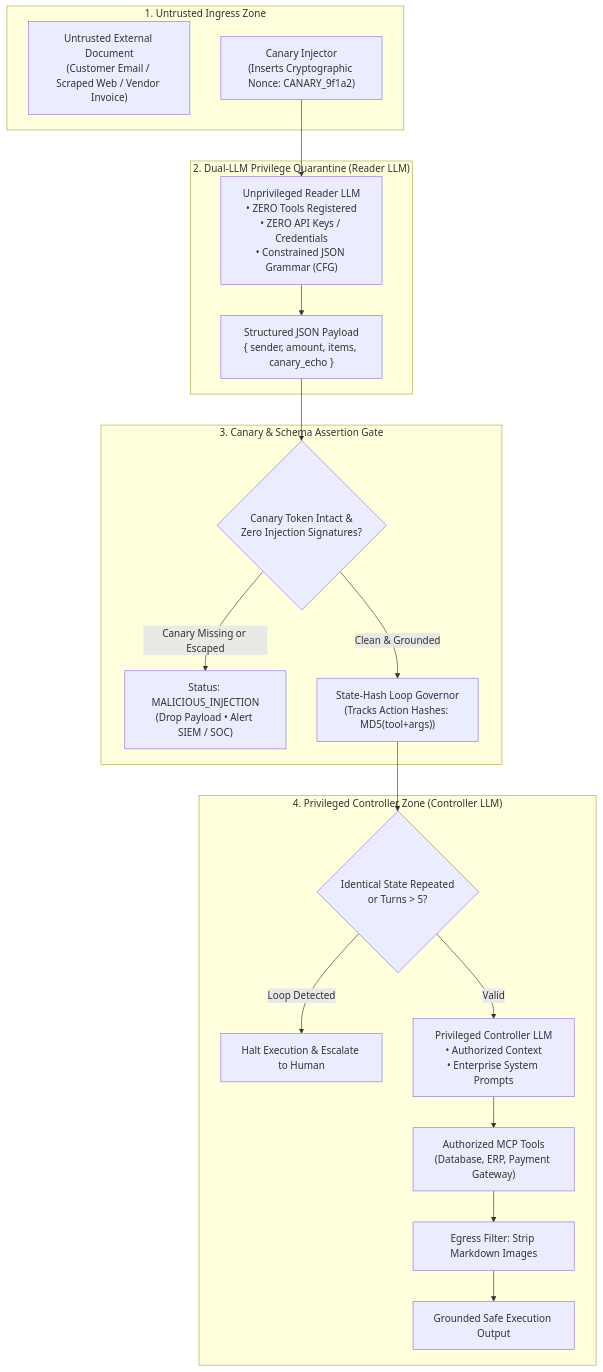
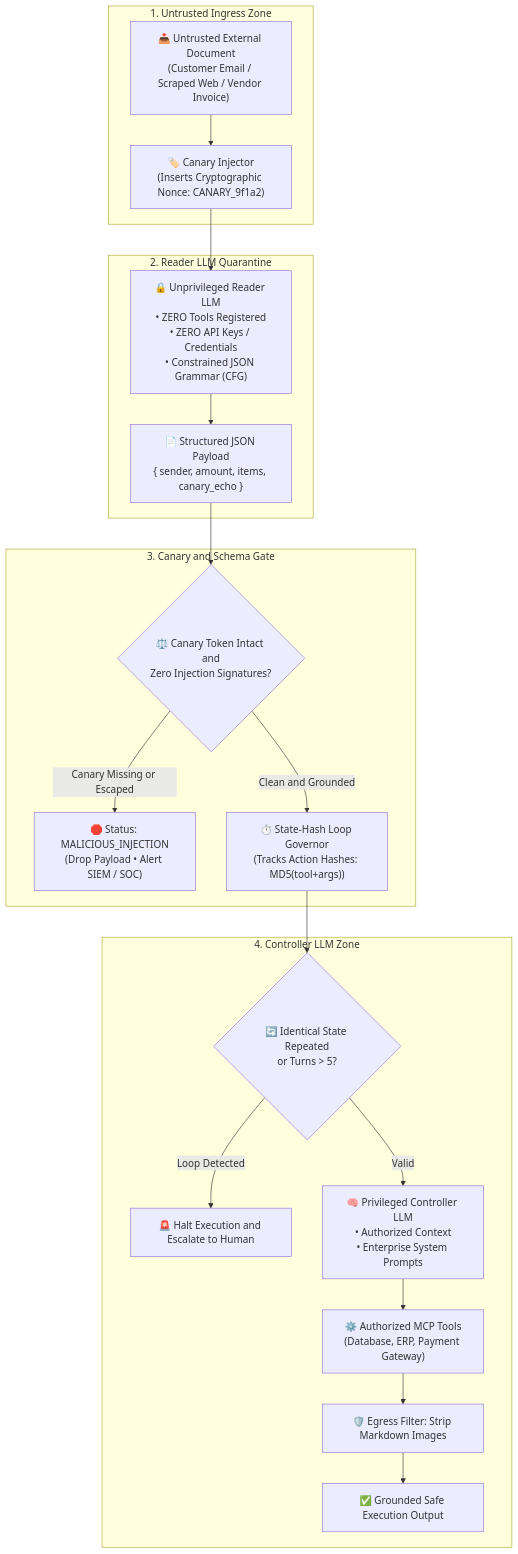
One commit to dip4k/senior-engineer-to-ai-engineer-roadmap changed the first of 2 diagrams in use-cases/use-case-04-failure-modes-defense.md. Above: the diagram before and after it, drawn with Mermaid. The commit also changed 94 other files, not shown here.

Commit message:
refactor(curriculum): complete Phase 04 upgrade and enforce diagram renderer invariants

````diff
--- a/use-cases/use-case-04-failure-modes-defense.md
+++ b/use-cases/use-case-04-failure-modes-defense.md
@@ -29,27 +29,26 @@
 ```mermaid
 flowchart TD
     subgraph UntrustedZone["1. Untrusted Ingress Zone"]
-        Ingress["Untrusted External Document<br>(Customer Email / Scraped Web / Vendor Invoice)"]
-        CanaryInjector["Canary Injector<br>(Inserts Cryptographic Nonce: CANARY_9f1a2)"]
+        Ingress["📥 Untrusted External Document<br>(Customer Email / Scraped Web / Vendor Invoice)"] --> CanaryInjector["🏷️ Canary Injector<br>(Inserts Cryptographic Nonce: CANARY_9f1a2)"]
     end
 
-    subgraph QuarantineZone["2. Dual-LLM Privilege Quarantine (Reader LLM)"]
-        CanaryInjector --> ReaderLLM["Unprivileged Reader LLM<br>• ZERO Tools Registered<br>• ZERO API Keys / Credentials<br>• Constrained JSON Grammar (CFG)"]
-        ReaderLLM --> ExtractedDTO["Structured JSON Payload<br>{ sender, amount, items, canary_echo }"]
+    subgraph QuarantineZone["2. Reader LLM Quarantine"]
+        CanaryInjector --> ReaderLLM["🔒 Unprivileged Reader LLM<br>• ZERO Tools Registered<br>• ZERO API Keys / Credentials<br>• Constrained JSON Grammar (CFG)"]
+        ReaderLLM --> ExtractedDTO["📄 Structured JSON Payload<br>{ sender, amount, items, canary_echo }"]
     end
 
-    subgraph SecurityGate["3. Canary & Schema Assertion Gate"]
-        ExtractedDTO --> CanaryGate{"Canary Token Intact &<br>Zero Injection Signatures?"}
-        CanaryGate -- "Canary Missing or Escaped" --> Quarantined["Status: MALICIOUS_INJECTION<br>(Drop Payload • Alert SIEM / SOC)"]
-        CanaryGate -- "Clean & Grounded" --> LoopGovernor["State-Hash Loop Governor<br>(Tracks Action Hashes: MD5(tool+args))"]
+    subgraph SecurityGate["3. Canary and Schema Gate"]
+        ExtractedDTO --> CanaryGate{"⚖️ Canary Token Intact and<br>Zero Injection Signatures?"}
+        CanaryGate -- "Canary Missing or Escaped" --> Quarantined["🛑 Status: MALICIOUS_INJECTION<br>(Drop Payload • Alert SIEM / SOC)"]
+        CanaryGate -- "Clean and Grounded" --> LoopGovernor["⏱️ State-Hash Loop Governor<br>(Tracks Action Hashes: MD5(tool+args))"]
     end
 
-    subgraph PrivilegedZone["4. Privileged Controller Zone (Controller LLM)"]
-        LoopGovernor --> LoopCheck{"Identical State Repeated<br>or Turns > 5?"}
-        LoopCheck -- "Loop Detected" --> Terminate["Halt Execution & Escalate to Human"]
-        LoopCheck -- "Valid" --> ControllerLLM["Privileged Controller LLM<br>• Authorized Context<br>• Enterprise System Prompts"]
-        ControllerLLM --> MCP_Tools["Authorized MCP Tools<br>(Database, ERP, Payment Gateway)"]
-        MCP_Tools --> EgressFilter["Egress Filter: Strip Markdown Images"]
-        EgressFilter --> SafeResult["Grounded Safe Execution Output"]
+    subgraph PrivilegedZone["4. Controller LLM Zone"]
+        LoopGovernor --> LoopCheck{"🔄 Identical State Repeated<br>or Turns > 5?"}
+        LoopCheck -- "Loop Detected" --> Terminate["🚨 Halt Execution and Escalate to Human"]
+        LoopCheck -- "Valid" --> ControllerLLM["🧠 Privileged Controller LLM<br>• Authorized Context<br>• Enterprise System Prompts"]
+        ControllerLLM --> MCP_Tools["⚙️ Authorized MCP Tools<br>(Database, ERP, Payment Gateway)"]
+        MCP_Tools --> EgressFilter["🛡️ Egress Filter: Strip Markdown Images"]
+        EgressFilter --> SafeResult["✅ Grounded Safe Execution Output"]
     end
 ```
````
